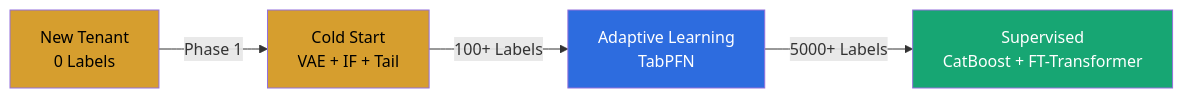
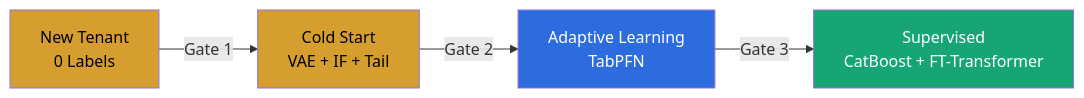
One commit to Tadeni00/RiskLens changed the fourth of 7 diagrams in README.md. Above: the diagram before and after it, drawn with Mermaid. The commit also changed other lines of this file and 5 other files, not shown here.

````diff
--- a/README.md
+++ b/README.md
@@ -130,11 +289,11 @@
 ```mermaid
 graph LR
-    A["New Tenant<br/>0 Labels"] -->|"Phase 1"| B["Cold Start<br/>VAE + IF + Tail"]
-    B -->|"100+ Labels"| C["Adaptive Learning<br/>TabPFN"]
-    C -->|"5000+ Labels"| D["Supervised<br/>CatBoost + FT-Transformer"]
+    A["New Tenant<br/>0 Labels"] -->|"Gate 1"| B["Cold Start<br/>VAE + IF + Tail"]
+    B -->|"Gate 2"| C["Adaptive Learning<br/>TabPFN"]
+    C -->|"Gate 3"| D["Supervised<br/>CatBoost + FT-Transformer"]
 
     style A fill:#D69E2E,color:#000
     style B fill:#D69E2E,color:#000
     style C fill:#2D6CDF,color:#fff
     style D fill:#17A673,color:#fff
 ```
````
